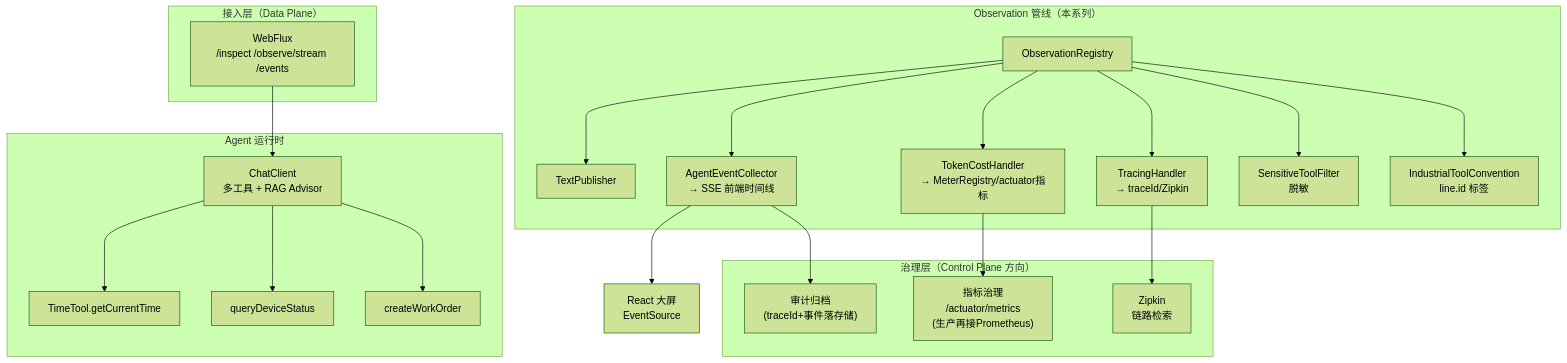
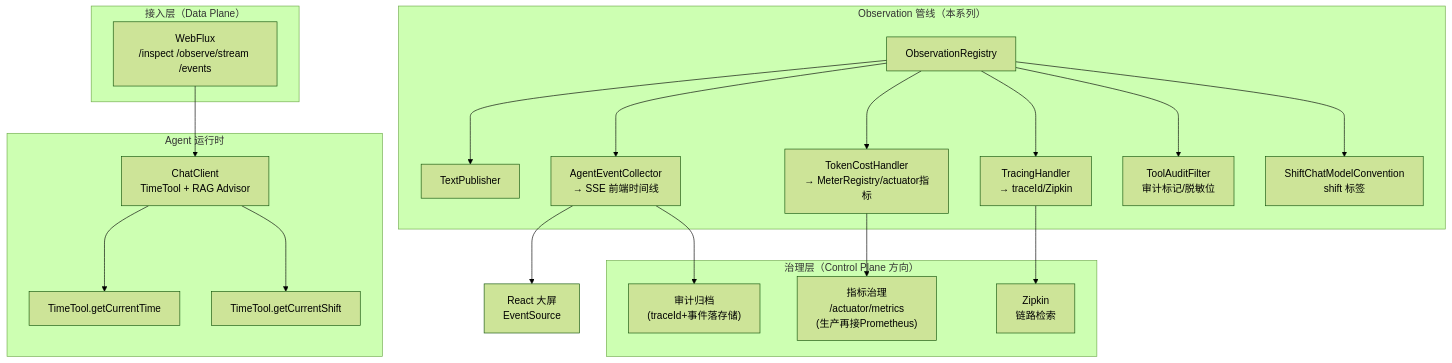
One commit to UranusGit/java-agent-learn changed the first of 2 diagrams in docs/附录/18-Observation/11-综合实战：工业巡检Agent可观测闭环.md. Above: the diagram before and after it, drawn with Mermaid (forest theme). The commit also changed other lines of this file and 12 other files, not shown here.

First line of the commit message:
18-Observation 单工具化：移除 DeviceTools，全系列只留 TimeTool

````diff
--- a/docs/附录/18-Observation/11-综合实战：工业巡检Agent可观测闭环.md
+++ b/docs/附录/18-Observation/11-综合实战：工业巡检Agent可观测闭环.md
@@ -17,32 +17,31 @@
 ```mermaid
 graph TB
     subgraph 接入层["接入层（Data Plane）"]
         HTTP["WebFlux<br/>/inspect /observe/stream /events"]
     end
     subgraph Agent层["Agent 运行时"]
-        CC["ChatClient<br/>多工具 + RAG Advisor"]
+        CC["ChatClient<br/>TimeTool + RAG Advisor"]
         T0["TimeTool.getCurrentTime"]
-        T1["queryDeviceStatus"]
-        T2["createWorkOrder"]
-        CC --> T0 & T1 & T2
+        T1["TimeTool.getCurrentShift"]
+        CC --> T0 & T1
     end
     subgraph 观测管线["Observation 管线（本系列）"]
         R["ObservationRegistry"]
         R --> H1["TextPublisher"]
         R --> H2["AgentEventCollector<br/>→ SSE 前端时间线"]
         R --> H3["TokenCostHandler<br/>→ MeterRegistry/actuator指标"]
         R --> H4["TracingHandler<br/>→ traceId/Zipkin"]
-        R --> F["SensitiveToolFilter<br/>脱敏"]
-        R --> CV["IndustrialToolConvention<br/>line.id 标签"]
+        R --> F["ToolAuditFilter<br/>审计标记/脱敏位"]
+        R --> CV["ShiftChatModelConvention<br/>shift 标签"]
     end
     subgraph 治理层["治理层（Control Plane 方向）"]
         G["指标治理<br/>/actuator/metrics<br/>(生产再接Prometheus)"]
         Z["Zipkin<br/>链路检索"]
         A["审计归档<br/>(traceId+事件落存储)"]
     end
     HTTP --> CC
     H2 --> FE["React 大屏<br/>EventSource"]
     H3 --> G
     H4 --> Z
     H2 --> A
 ```
````
